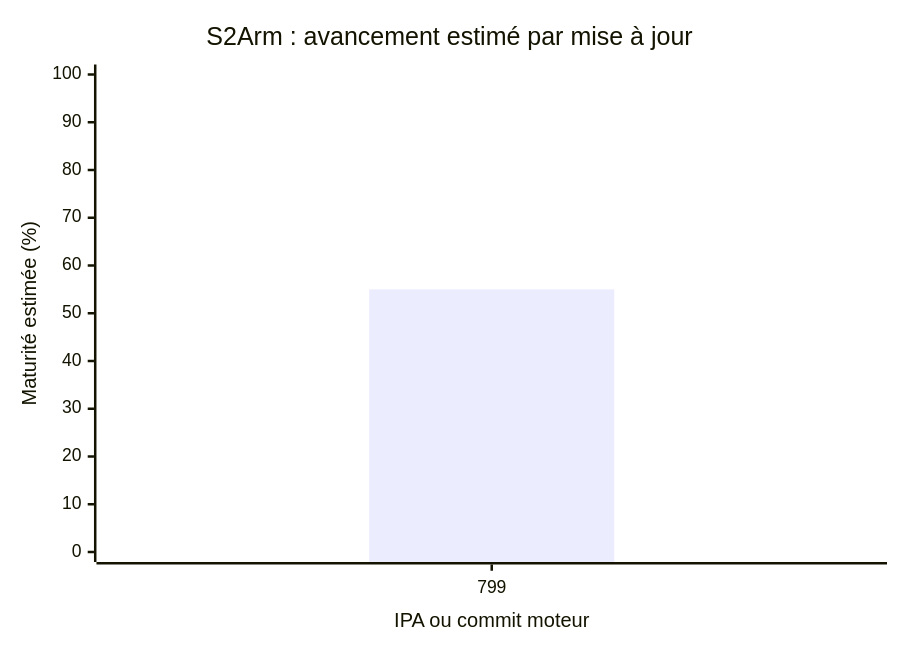
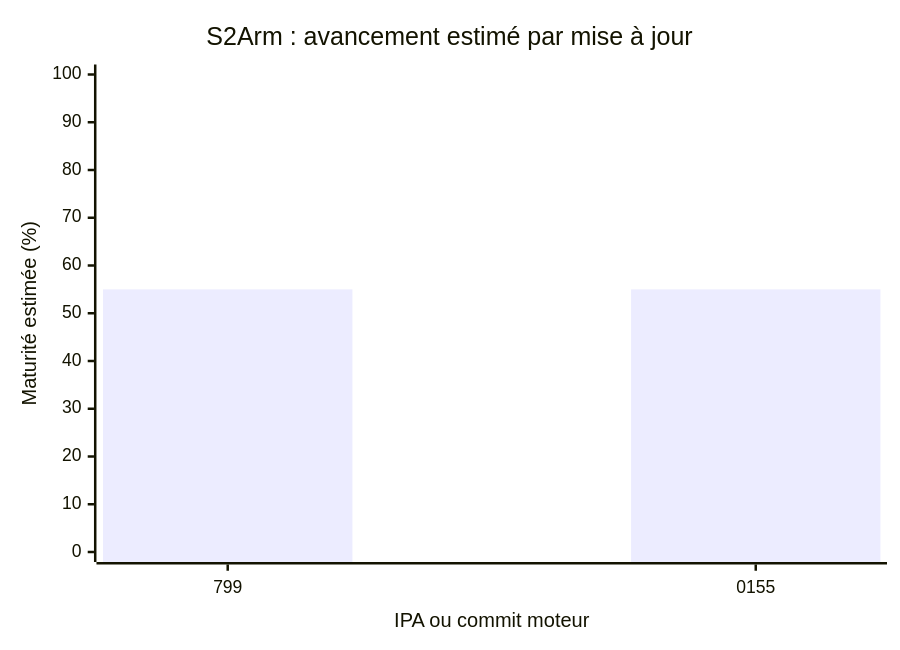
Before and after one commit to TarbleFR/RewindBox: the diagram in docs/AI_TASK_BOARD.md, drawn with Mermaid. The commit also changed other lines of this file and 4 other files, not shown here.

````diff
--- a/docs/AI_TASK_BOARD.md
+++ b/docs/AI_TASK_BOARD.md
@@ -25,7 +25,7 @@
 ```mermaid
 xychart-beta
     title "S2Arm : avancement estimé par mise à jour"
-    x-axis "IPA ou commit moteur" ["799"]
+    x-axis "IPA ou commit moteur" ["799", "0155"]
     y-axis "Maturité estimée (%)" 0 --> 100
-    bar [55]
+    bar [55, 55]
 ```
````
